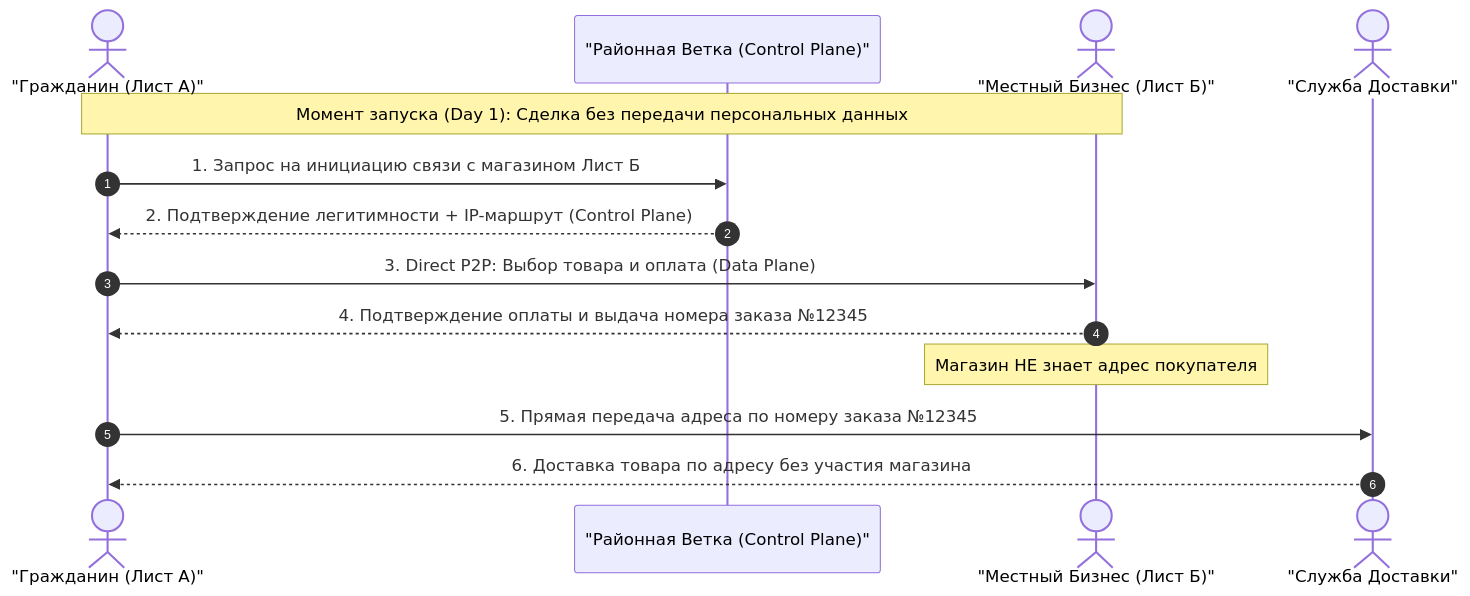
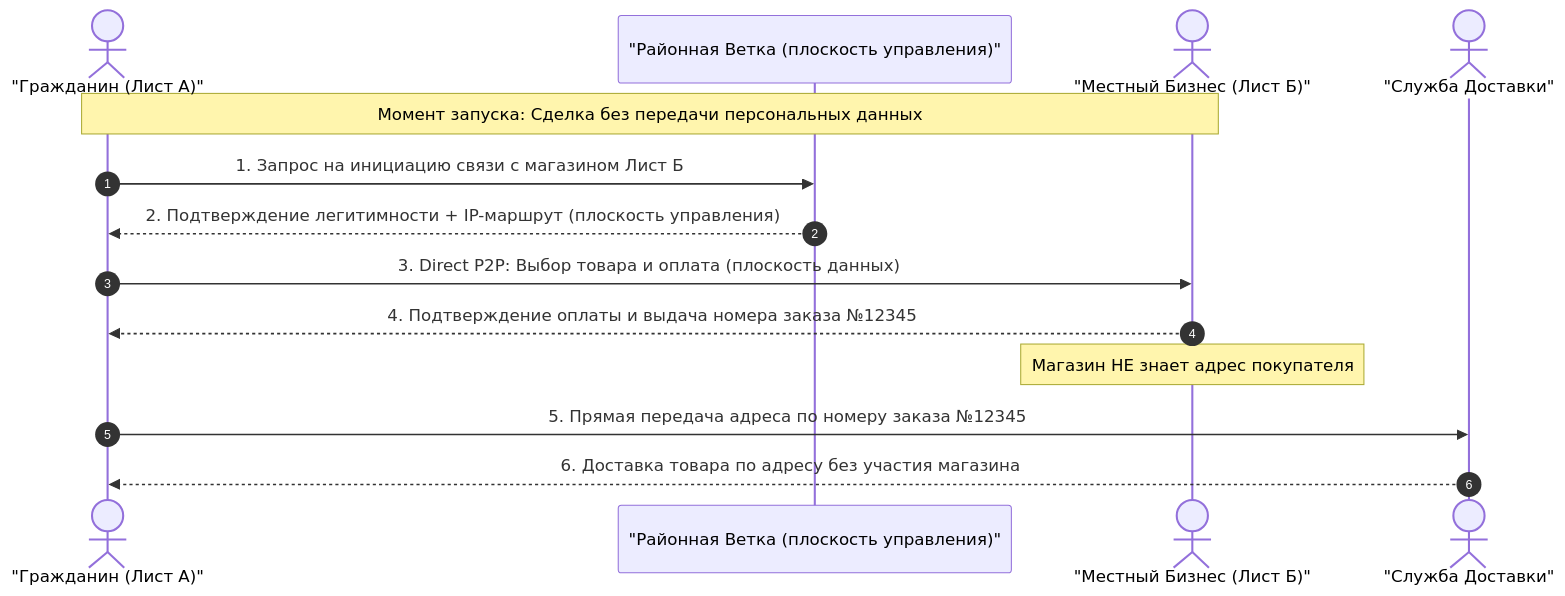
One commit to Data-Independence-Network/presentations changed the second of 7 diagrams in overall_presentations/02_stakeholders_benefits_presentation/docs/turbase_stakeholders_value_matrix.md. Above: the diagram before and after it, drawn with Mermaid. The commit also changed other lines of this file and 88 other files, not shown here.

````diff
--- a/overall_presentations/02_stakeholders_benefits_presentation/docs/turbase_stakeholders_value_matrix.md
+++ b/overall_presentations/02_stakeholders_benefits_presentation/docs/turbase_stakeholders_value_matrix.md
@@ -250,17 +250,17 @@
 ```mermaid
 sequenceDiagram
     autonumber
     actor User as "Гражданин (Лист А)"
-    participant Branch as "Районная Ветка (Control Plane)"
+    participant Branch as "Районная Ветка (плоскость управления)"
     actor Shop as "Местный Бизнес (Лист Б)"
     actor Post as "Служба Доставки"
 
-    Note over User,Shop: Момент запуска (Day 1): Сделка без передачи персональных данных
+    Note over User,Shop: Момент запуска: Сделка без передачи персональных данных
     User->>Branch: 1. Запрос на инициацию связи с магазином Лист Б
-    Branch-->>User: 2. Подтверждение легитимности + IP-маршрут (Control Plane)
-    User->>Shop: 3. Direct P2P: Выбор товара и оплата (Data Plane)
+    Branch-->>User: 2. Подтверждение легитимности + IP-маршрут (плоскость управления)
+    User->>Shop: 3. Direct P2P: Выбор товара и оплата (плоскость данных)
     Shop-->>User: 4. Подтверждение оплаты и выдача номера заказа №12345
     Note over Shop: Магазин НЕ знает адрес покупателя
     User->>Post: 5. Прямая передача адреса по номеру заказа №12345
     Post-->>User: 6. Доставка товара по адресу без участия магазина
 ```
````
